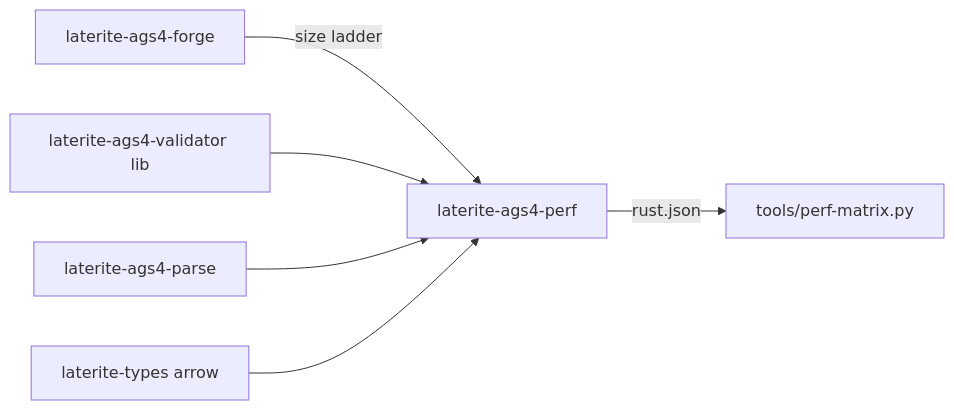
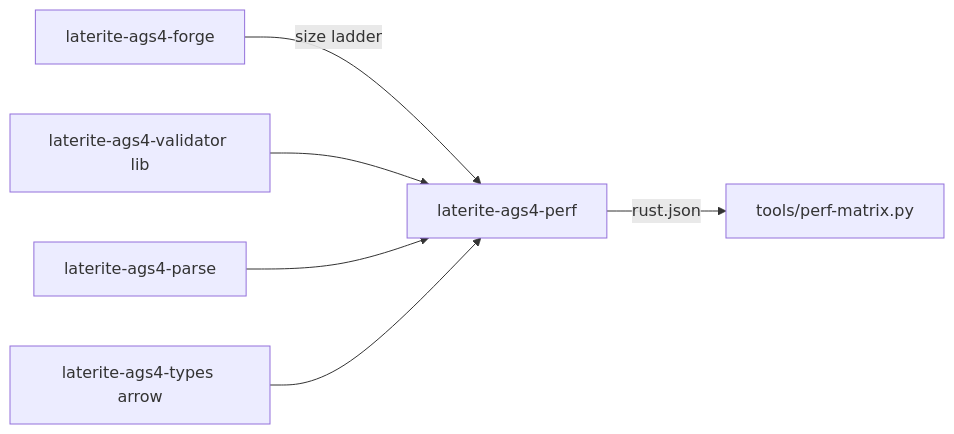
Before and after one commit to niko86/laterite: the diagram in ags-wiki/tools/laterite-ags4-perf.md, drawn with Mermaid. The commit also changed other lines of this file and 103 other files, not shown here.

````diff
--- a/ags-wiki/tools/laterite-ags4-perf.md
+++ b/ags-wiki/tools/laterite-ags4-perf.md
@@ -56,8 +56,8 @@
 ```mermaid
 flowchart LR
   forge[laterite-ags4-forge] -->|size ladder| perf[laterite-ags4-perf]
   val[laterite-ags4-validator lib] --> perf
   parse[laterite-ags4-parse] --> perf
-  types[laterite-types arrow] --> perf
+  types[laterite-ags4-types arrow] --> perf
   perf -->|rust.json| matrix[tools/perf-matrix.py]
 ```
````
